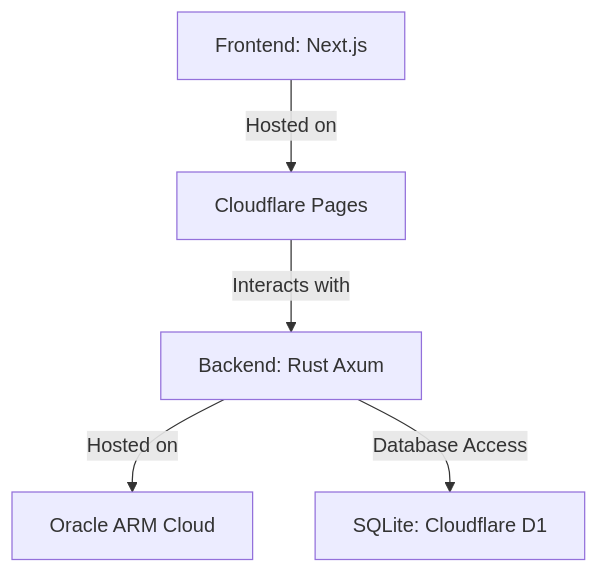
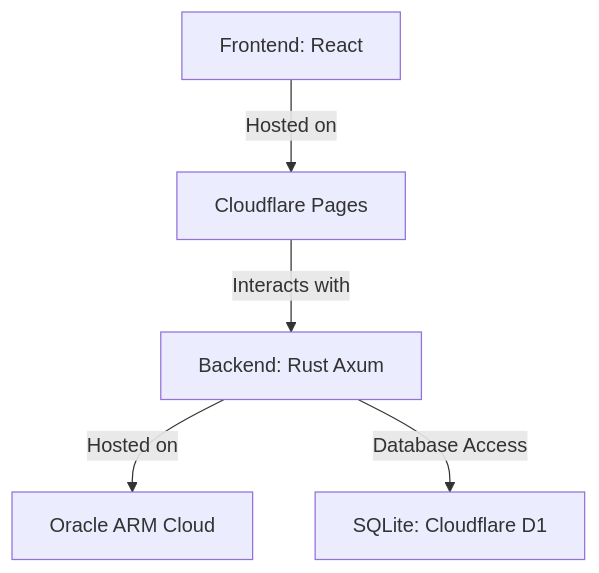
The diagram in README.md (investutil/investutil-principal), drawn with Mermaid before and after one commit. The commit also changed other lines of this file, not shown here.

````diff
--- a/README.md
+++ b/README.md
@@ -29,7 +29,7 @@
 ```mermaid
 graph TD;
-    A[Frontend: Next.js] -->|Hosted on| B[Cloudflare Pages]
+    A[Frontend: React] -->|Hosted on| B[Cloudflare Pages]
     B -->|Interacts with| C[Backend: Rust Axum]
     C -->|Hosted on| D[Oracle ARM Cloud]
     C -->|Database Access| E[SQLite: Cloudflare D1]
 ```
````
